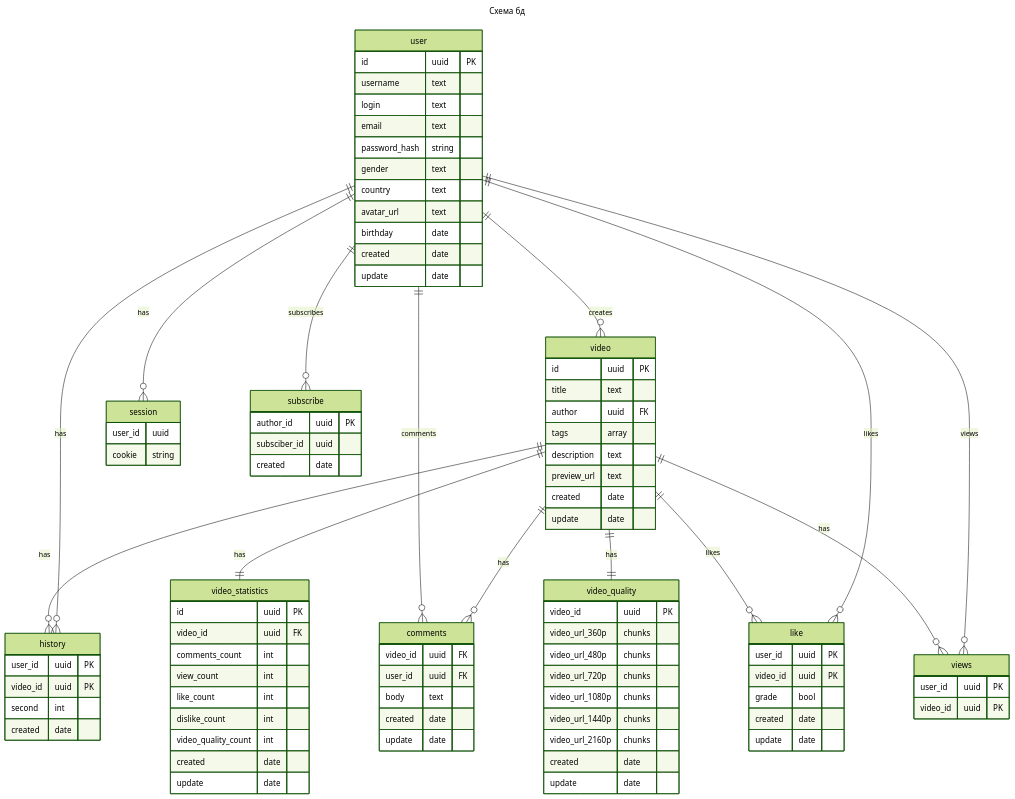
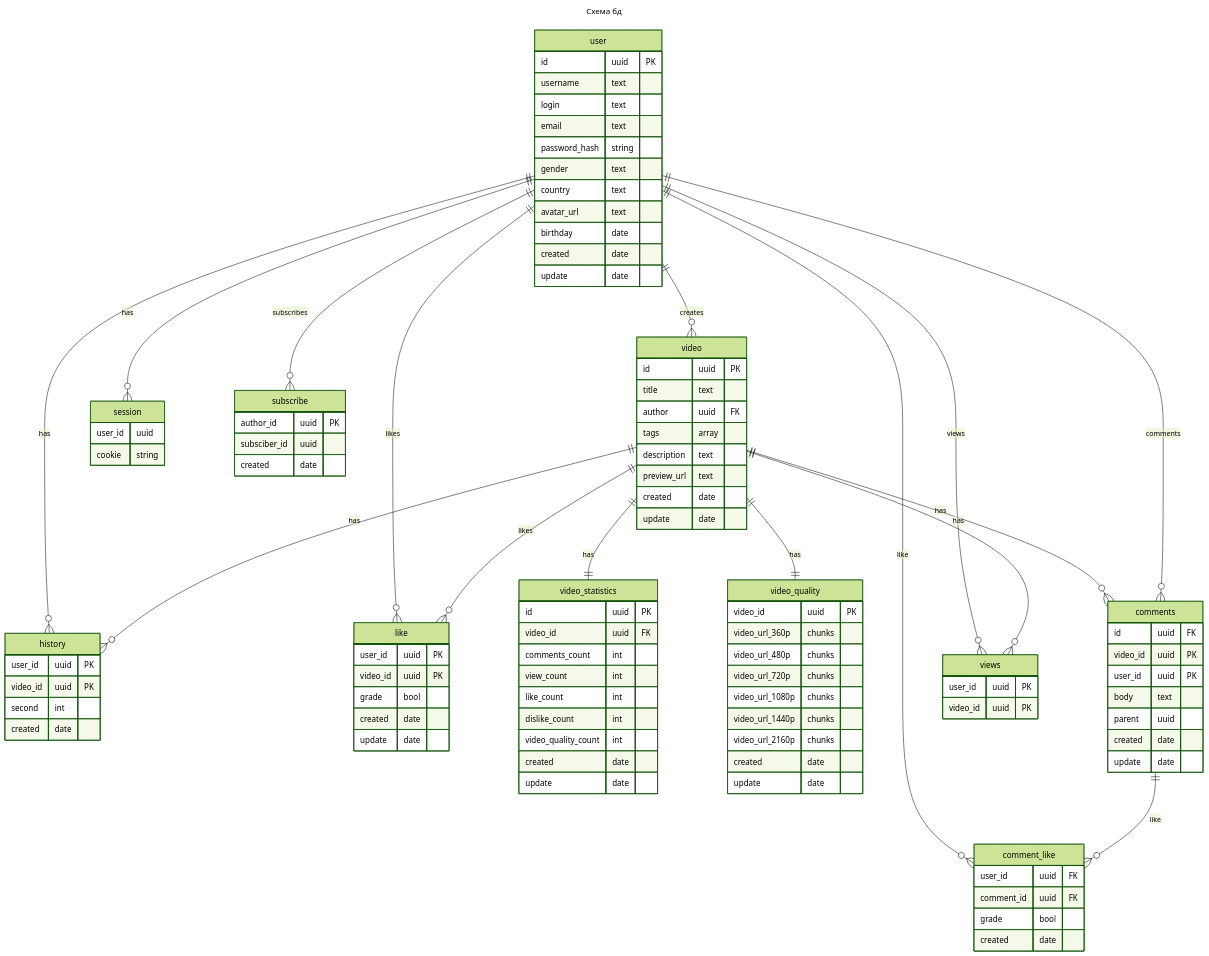
Before and after one commit to DmitriyKomarovCoder/higload-youtube: the first of 3 diagrams in README.md, drawn with Mermaid (forest theme). The commit also changed other lines of this file, not shown here.

```diff
--- a/README.md
+++ b/README.md
@@ -521,10 +521,18 @@
         created date
         update date
     }
+    comment_like {
+        user_id uuid FK
+        comment_id uuid FK
+        grade bool
+        created date
+    }
     comments {
-        video_id uuid FK
-        user_id uuid FK
+        id uuid FK
+        video_id uuid PK
+        user_id uuid PK
         body text
+        parent uuid
         created date
         update date
     }
@@ -539,7 +547,8 @@
     }
     user ||--o{ history : has
     video ||--o{ history : has
-
+    user ||--o{ comment_like : like
+    comments ||--o{ comment_like : like
     user ||--o{ video : creates
     video ||--o{ comments : has
     user ||--o{ comments : comments
```
